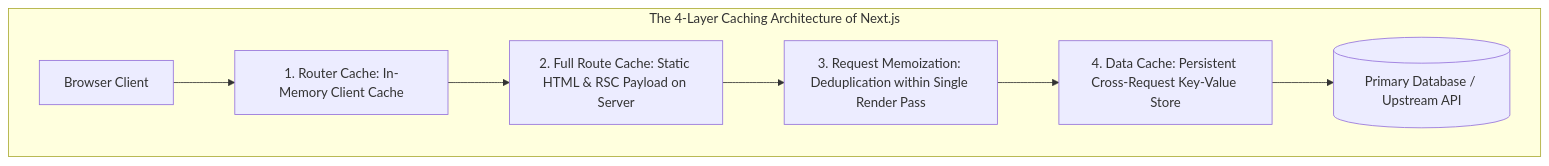
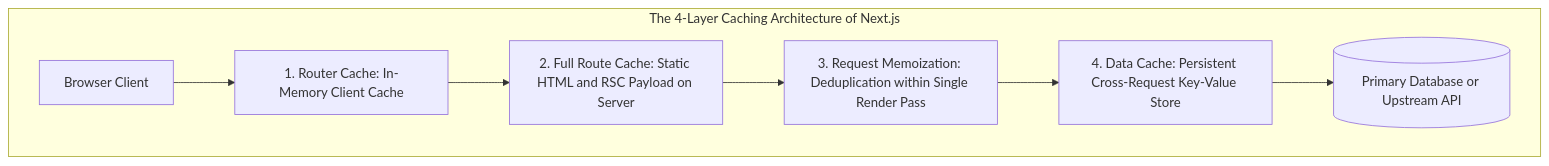
Before and after one commit to akmalkhaniub/akmalkhaniub.github.io: the diagram in blog/posts/the-great-un-caching-nextjs-15-caching-architecture-defaults.md, drawn with Mermaid. The commit also changed 600 other files, not shown here.

Commit message:
fix(blog): resolve Mermaid v10 syntax errors across Figure 1 and publication subgraphs

````diff
--- a/blog/posts/the-great-un-caching-nextjs-15-caching-architecture-defaults.md
+++ b/blog/posts/the-great-un-caching-nextjs-15-caching-architecture-defaults.md
@@ -18,10 +18,10 @@
 ```mermaid
 graph TD
-  subgraph The 4-Layer Caching Architecture of Next.js
-    Client[Browser Client] --> L1[1. Router Cache: In-Memory Client Cache]
-    L1 --> L2[2. Full Route Cache: Static HTML & RSC Payload on Server]
-    L2 --> L3[3. Request Memoization: Deduplication within Single Render Pass]
-    L3 --> L4[4. Data Cache: Persistent Cross-Request Key-Value Store]
-    L4 --> Database[(Primary Database / Upstream API)]
+  subgraph CachingArch ["The 4-Layer Caching Architecture of Next.js"]
+    Client["Browser Client"] --> L1["1. Router Cache: In-Memory Client Cache"]
+    L1 --> L2["2. Full Route Cache: Static HTML and RSC Payload on Server"]
+    L2 --> L3["3. Request Memoization: Deduplication within Single Render Pass"]
+    L3 --> L4["4. Data Cache: Persistent Cross-Request Key-Value Store"]
+    L4 --> Database[("Primary Database or Upstream API")]
   end
 ```
````
